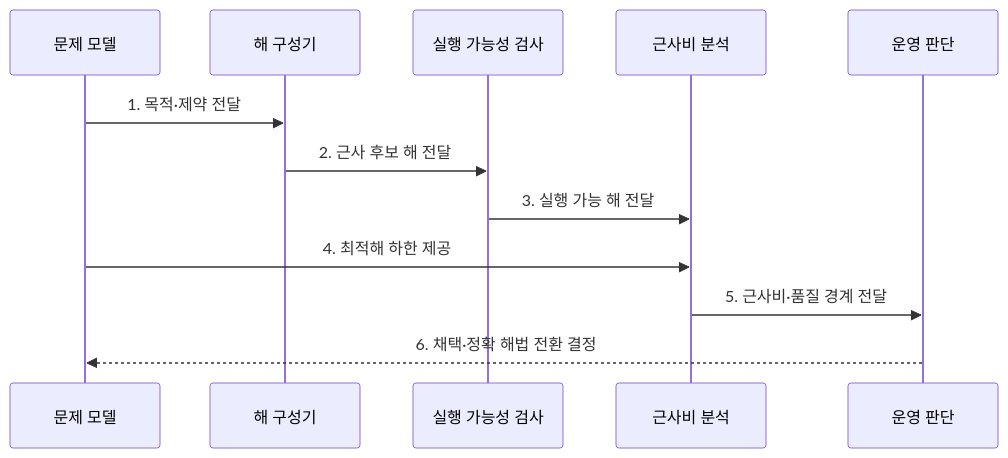
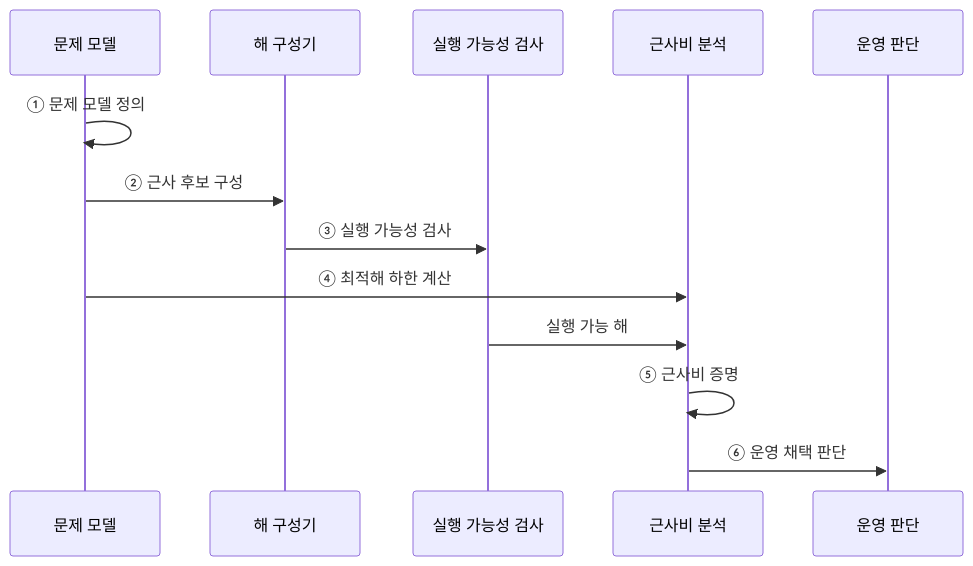
The fourth of 4 diagrams in src/content/docs/notes/01-basic-theory/060_approximation_algo.md (agnusdei1207/knowledge-base), drawn with Mermaid before and after one commit. The commit also changed other lines of this file and 22 other files, not shown here.

````diff
--- a/src/content/docs/notes/01-basic-theory/060_approximation_algo.md
+++ b/src/content/docs/notes/01-basic-theory/060_approximation_algo.md
@@ -91,14 +100,15 @@
 ```mermaid
 sequenceDiagram
     participant M as 문제 모델
     participant C as 해 구성기
     participant V as 실행 가능성 검사
     participant B as 근사비 분석
     participant O as 운영 판단
-    M->>C: 1. 목적·제약 전달
-    C->>V: 2. 근사 후보 해 전달
-    V->>B: 3. 실행 가능 해 전달
-    M->>B: 4. 최적해 하한 제공
-    B->>O: 5. 근사비·품질 경계 전달
-    O-->>M: 6. 채택·정확 해법 전환 결정
+    M->>M: ① 문제 모델 정의
+    M->>C: ② 근사 후보 구성
+    C->>V: ③ 실행 가능성 검사
+    M->>B: ④ 최적해 하한 계산
+    V->>B: 실행 가능 해
+    B->>B: ⑤ 근사비 증명
+    B->>O: ⑥ 운영 채택 판단
 ```
````
